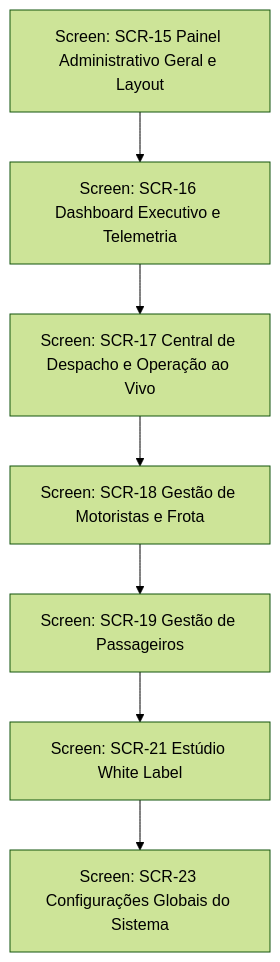
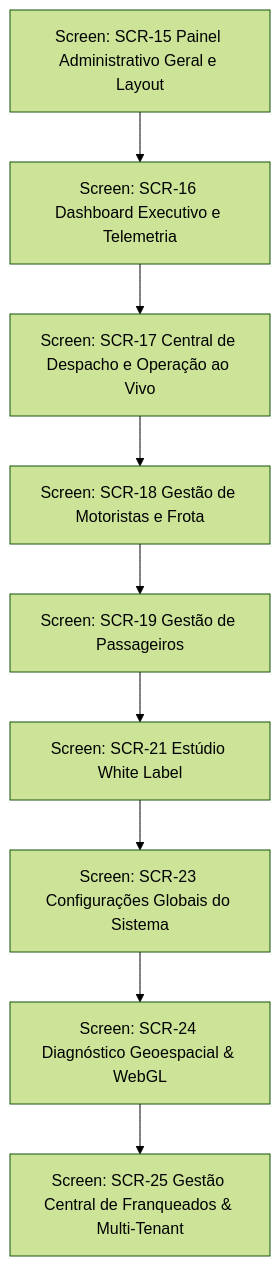
The eighth of 8 diagrams in docs/ux/flows.md (RG-Thec/Partiu), drawn with Mermaid (forest theme) before and after one commit. The commit also changed other lines of this file and 11 other files, not shown here.

````diff
--- a/docs/ux/flows.md
+++ b/docs/ux/flows.md
@@ -211,9 +211,11 @@
 ```mermaid
 flowchart TD
   A[Screen: SCR-15 Painel Administrativo Geral e Layout] --> B[Screen: SCR-16 Dashboard Executivo e Telemetria]
   B --> C[Screen: SCR-17 Central de Despacho e Operação ao Vivo]
   C --> D[Screen: SCR-18 Gestão de Motoristas e Frota]
   D --> E[Screen: SCR-19 Gestão de Passageiros]
   E --> F[Screen: SCR-21 Estúdio White Label]
   F --> G[Screen: SCR-23 Configurações Globais do Sistema]
+  G --> H[Screen: SCR-24 Diagnóstico Geoespacial & WebGL]
+  H --> I[Screen: SCR-25 Gestão Central de Franqueados & Multi-Tenant]
 ```
````
